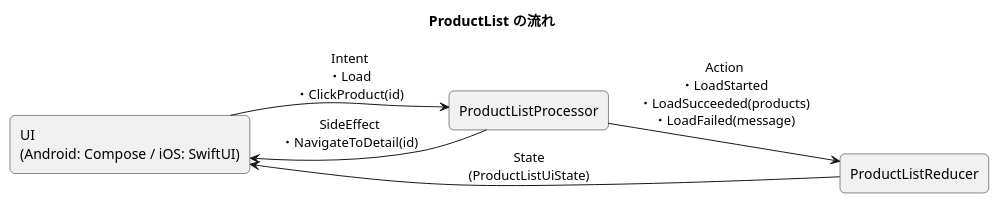
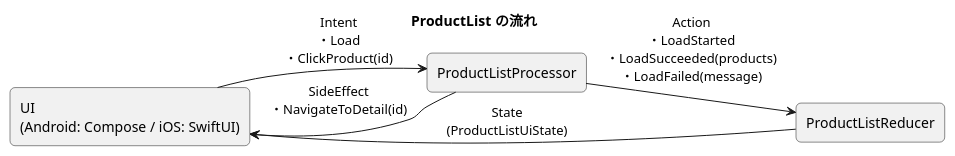
One commit to kuki1582/MyKmp changed the diagram in shared/src/commonMain/kotlin/com/example/mykmp/presentation/productlist/ProductList.puml. Above: the diagram before and after it, drawn with PlantUML.

Commit message:
Render ProductList diagram without Graphviz
Claude-Session: https://claude.ai/code/session_01CL12Nfghuxh2sKvpS183UW

```diff
--- a/shared/src/commonMain/kotlin/com/example/mykmp/presentation/productlist/ProductList.puml
+++ b/shared/src/commonMain/kotlin/com/example/mykmp/presentation/productlist/ProductList.puml
@@ -1,23 +1,25 @@
 @startuml ProductList
+' Graphviz をインストールしていなくても表示できるよう、PlantUML 内蔵のレイアウトを使う
+!pragma layout smetana
 ' 商品一覧（ProductList）の MVI の流れ
 '
 ' Intent ──▶ Processor ──Action──▶ Reducer ──State──▶ UI
 '                │
 '                └──SideEffect──▶ UI
 
 title ProductList の流れ
 
 left to right direction
 skinparam shadowing false
 skinparam rectangleRoundCorner 10
 
 rectangle "UI\n(Android: Compose / iOS: SwiftUI)" as UI
 rectangle "ProductListProcessor" as Processor
 rectangle "ProductListReducer" as Reducer
 
 UI --> Processor : Intent\n・Load\n・ClickProduct(id)
 Processor --> Reducer : Action\n・LoadStarted\n・LoadSucceeded(products)\n・LoadFailed(message)
 Reducer --> UI : State\n(ProductListUiState)
 Processor --> UI : SideEffect\n・NavigateToDetail(id)
 
 @enduml
```
